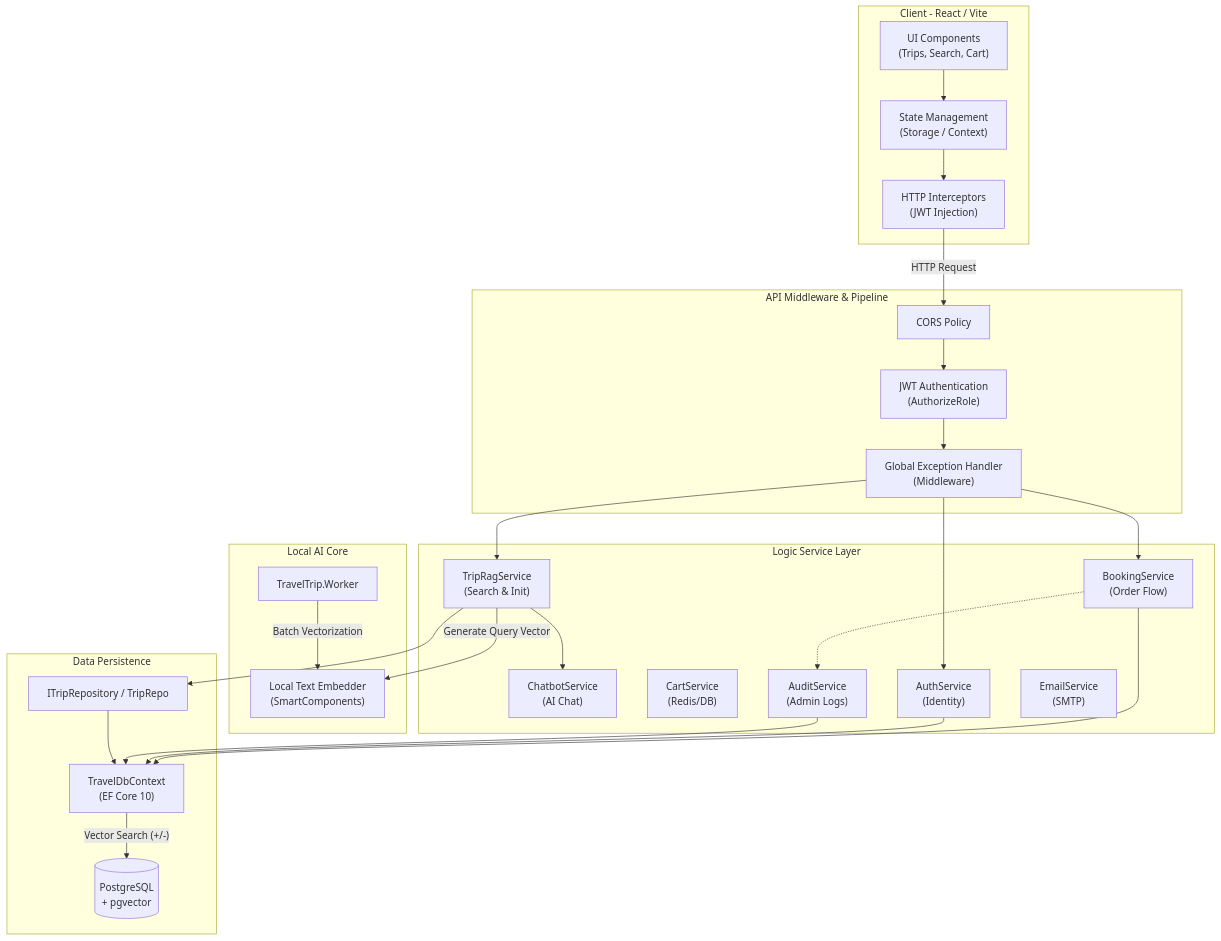
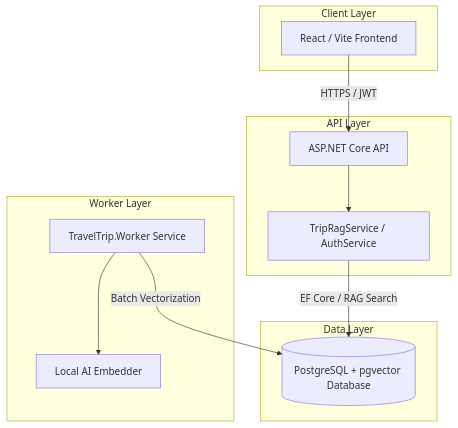
One commit to mofanchang/TravelTrip-Native-RAG-System-with-.NET-10-pgvector changed the second of 2 diagrams in README.md. Above: the diagram before and after it, drawn with Mermaid. The commit also changed other lines of this file and 2 other files, not shown here.

Commit message:
Docs: Revert to simple architecture diagram with bilingual support (CN/EN)

````diff
--- a/README.md
+++ b/README.md
@@ -97,52 +71,26 @@
 ```mermaid
 graph TD
-    subgraph Client_Layer [Client - React / Vite]
-        UI["UI Components<br/>(Trips, Search, Cart)"]
-        State["State Management<br/>(Storage / Context)"]
-        Inceptors["HTTP Interceptors<br/>(JWT Injection)"]
-        UI --> State
-        State --> Inceptors
+    subgraph Client_Layer [Client Layer]
+        FE["React / Vite Frontend"]
     end
 
-    subgraph API_Processing [API Middleware & Pipeline]
-        CORS["CORS Policy"]
-        Auth["JWT Authentication<br/>(AuthorizeRole)"]
-        ExHandler["Global Exception Handler<br/>(Middleware)"]
-        Inceptors -- "HTTP Request" --> CORS
-        CORS --> Auth
-        Auth --> ExHandler
+    subgraph API_Layer [API Layer]
+        API["ASP.NET Core API"]
+        Service["TripRagService / AuthService"]
+        API --> Service
     end
 
-    subgraph Application_Services [Logic Service Layer]
-        TRAG["TripRagService<br/>(Search & Init)"]
-        CBOT["ChatbotService<br/>(AI Chat)"]
-        BOOK["BookingService<br/>(Order Flow)"]
-        CART["CartService<br/>(Redis/DB)"]
-        AUTH_S["AuthService<br/>(Identity)"]
-        AUDIT["AuditService<br/>(Admin Logs)"]
-        EMAIL["EmailService<br/>(SMTP)"]
-
-        ExHandler --> TRAG
-        TRAG --> CBOT
-        ExHandler --> BOOK
-        ExHandler --> AUTH_S
-        BOOK -.-> AUDIT
+    subgraph Worker_Layer [Worker Layer]
+        Worker["TravelTrip.Worker Service"]
+        AI["Local AI Embedder"]
+        Worker --> AI
     end
 
-    subgraph AI_Infrastructure [Local AI Core]
-        Embedding["Local Text Embedder<br/>(SmartComponents)"]
-        TRAG -- "Generate Query Vector" --> Embedding
-        Worker["TravelTrip.Worker"] -- "Batch Vectorization" --> Embedding
+    subgraph Data_Layer [Data Layer]
+        DB[("PostgreSQL + pgvector Database")]
     end
 
-    subgraph Persistence_Layer [Data Persistence]
-        Repo["ITripRepository / TripRepo"]
-        Ctx["TravelDbContext<br/>(EF Core 10)"]
-        TRAG --> Repo
-        BOOK --> Ctx
-        AUTH_S --> Ctx
-        AUDIT --> Ctx
-        Repo --> Ctx
-        Ctx -- "Vector Search (+/-)" --> DB[("PostgreSQL<br/>+ pgvector")]
-    end
+    FE -- "HTTPS / JWT" --> API
+    Service -- "EF Core / RAG Search" --> DB
+    Worker -- "Batch Vectorization" --> DB
 ```
````
